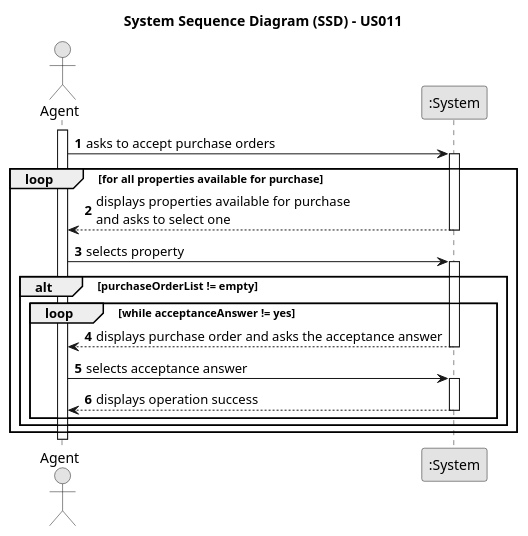
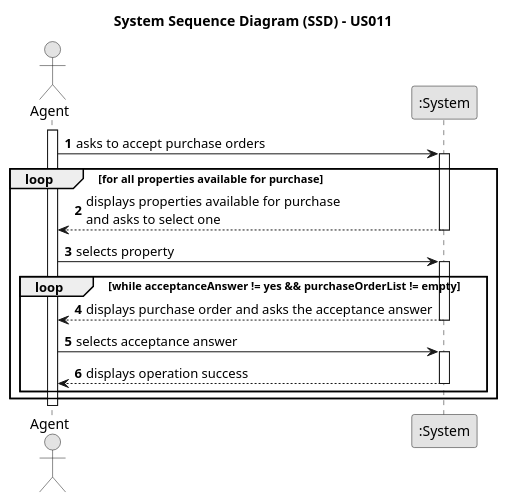
One commit to rita-barbosa/LAPR2-2223 changed the diagram in docs/sprintC/us011/01.requirements-engineering/puml/us011-system-sequence-diagram-alternative-one.puml. Above: the diagram before and after it, drawn with PlantUML. The commit also changed 2 other files, not shown here.

Commit message:
Update of system sequence diagram [US011][Requirements Engineering]

```diff
--- a/docs/sprintC/us011/01.requirements-engineering/puml/us011-system-sequence-diagram-alternative-one.puml
+++ b/docs/sprintC/us011/01.requirements-engineering/puml/us011-system-sequence-diagram-alternative-one.puml
@@ -1,42 +1,40 @@
 @startuml
 skinparam monochrome true
 skinparam packageStyle rectangle
 skinparam shadowing false
 
 title System Sequence Diagram (SSD) - US011
 
 autonumber
 
 actor "Agent" as Agent
 participant ":System" as System
 
 activate Agent
     Agent -> System : asks to accept purchase orders
     activate System
 
     loop for all properties available for purchase
 
     System --> Agent : displays properties available for purchase \nand asks to select one
     deactivate System
 
     Agent -> System : selects property
     activate System
 
-    alt purchaseOrderList != empty
-    loop while acceptanceAnswer != yes
+    loop while acceptanceAnswer != yes && purchaseOrderList != empty
 
     System -->  Agent: displays purchase order and asks the acceptance answer
     deactivate System
 
     Agent -> System  : selects acceptance answer
     activate System
 
     System --> Agent : displays operation success
     deactivate System
 
     end loop
-    end alt
     end loop
 
 deactivate Agent
 @enduml
```
